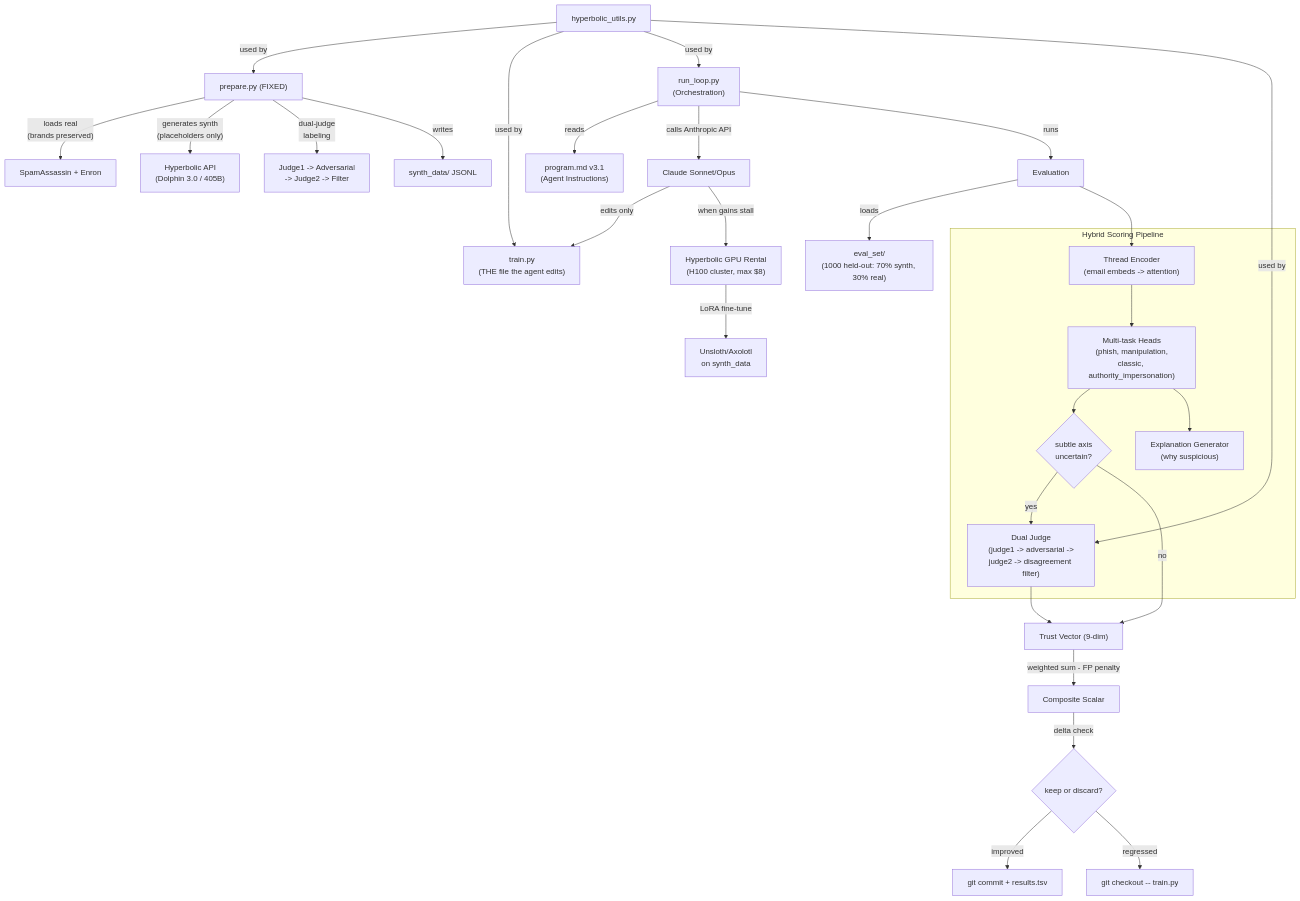
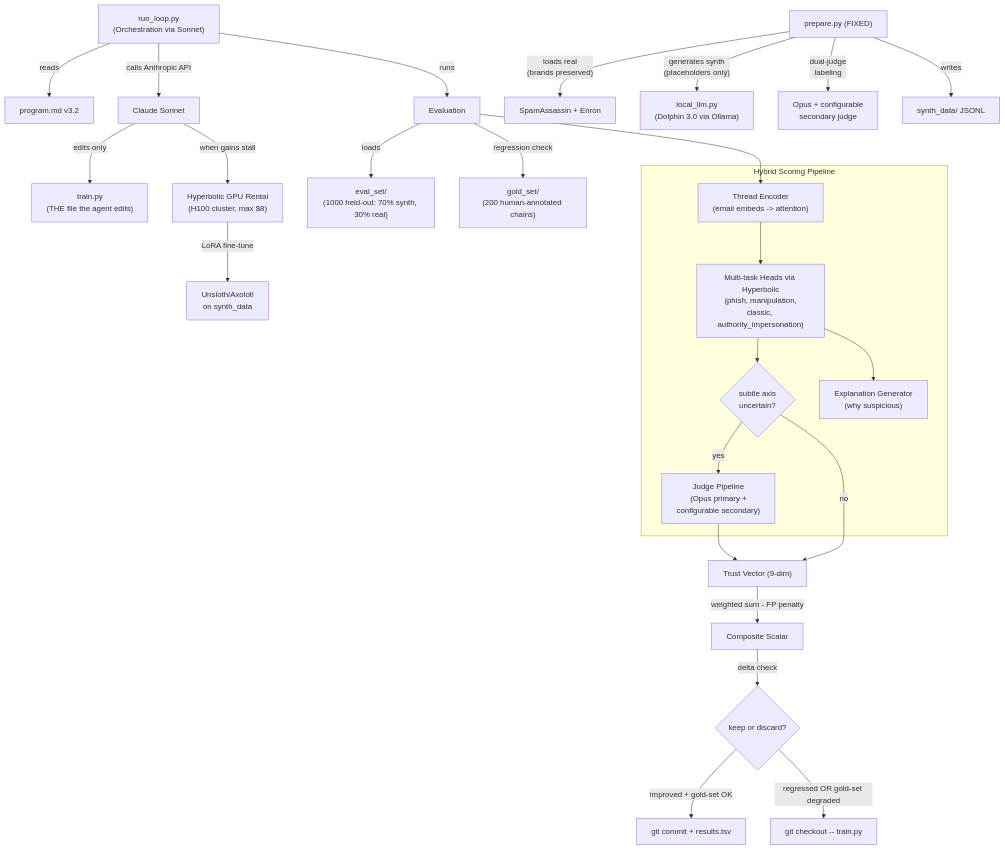
One commit to HumanAssisted/masubi changed the second of 2 diagrams in CURSOR_PLAN.md. Above: the diagram before and after it, drawn with Mermaid. The commit also changed other lines of this file, not shown here.

````diff
--- a/CURSOR_PLAN.md
+++ b/CURSOR_PLAN.md
@@ -41,41 +83,37 @@
 ```mermaid
 flowchart TD
-    RunLoop["run_loop.py\n(Orchestration)"] -->|"reads"| ProgramMD["program.md v3.1\n(Agent Instructions)"]
-    RunLoop -->|"calls Anthropic API"| Claude["Claude Sonnet/Opus"]
-    Claude -->|"edits only"| Train["train.py\n(THE file the agent edits)"]
+    RunLoop["run_loop.py\n(Orchestration via Sonnet)"] -->|"reads"| ProgramMD["program.md v3.2"]
+    RunLoop -->|"calls Anthropic API"| Sonnet["Claude Sonnet"]
+    Sonnet -->|"edits only"| Train["train.py\n(THE file the agent edits)"]
     RunLoop -->|"runs"| Eval["Evaluation"]
     Eval -->|"loads"| EvalSet["eval_set/\n(1000 held-out: 70% synth, 30% real)"]
+    Eval -->|"regression check"| GoldSet["gold_set/\n(200 human-annotated chains)"]
 
     subgraph scoring [Hybrid Scoring Pipeline]
         ThreadEnc["Thread Encoder\n(email embeds -> attention)"]
-        FastScore["Multi-task Heads\n(phish, manipulation,\nclassic, authority_impersonation)"]
+        FastScore["Multi-task Heads via Hyperbolic\n(phish, manipulation,\nclassic, authority_impersonation)"]
         Threshold{"subtle axis\nuncertain?"}
-        DualJudge["Dual Judge\n(judge1 -> adversarial ->\njudge2 -> disagreement filter)"]
+        JudgePipeline["Judge Pipeline\n(Opus primary +\nconfigurable secondary)"]
         ExplGen["Explanation Generator\n(why suspicious)"]
     end
 
     Eval --> ThreadEnc
     ThreadEnc --> FastScore
     FastScore --> Threshold
-    Threshold -->|"yes"| DualJudge
+    Threshold -->|"yes"| JudgePipeline
     Threshold -->|"no"| TrustVector
-    DualJudge --> TrustVector["Trust Vector (9-dim)"]
+    JudgePipeline --> TrustVector["Trust Vector (9-dim)"]
     FastScore --> ExplGen
     TrustVector -->|"weighted sum - FP penalty"| Composite["Composite Scalar"]
     Composite -->|"delta check"| GitDecision{"keep or discard?"}
-    GitDecision -->|"improved"| GitKeep["git commit + results.tsv"]
-    GitDecision -->|"regressed"| GitDiscard["git checkout -- train.py"]
+    GitDecision -->|"improved + gold-set OK"| GitKeep["git commit + results.tsv"]
+    GitDecision -->|"regressed OR gold-set degraded"| GitDiscard["git checkout -- train.py"]
 
     Prepare["prepare.py (FIXED)"] -->|"loads real\n(brands preserved)"| RealCorpora["SpamAssassin + Enron"]
-    Prepare -->|"generates synth\n(placeholders only)"| HypInf["Hyperbolic API\n(Dolphin 3.0 / 405B)"]
-    Prepare -->|"dual-judge\nlabeling"| DualJudgeLabel["Judge1 -> Adversarial\n-> Judge2 -> Filter"]
+    Prepare -->|"generates synth\n(placeholders only)"| LocalLLM["local_llm.py\n(Dolphin 3.0 via Ollama)"]
+    Prepare -->|"dual-judge\nlabeling"| DualJudgeLabel["Opus + configurable\nsecondary judge"]
     Prepare -->|"writes"| SynthData["synth_data/ JSONL"]
 
-    Claude -->|"when gains stall"| HypGPU["Hyperbolic GPU Rental\n(H100 cluster, max $8)"]
+    Sonnet -->|"when gains stall"| HypGPU["Hyperbolic GPU Rental\n(H100 cluster, max $8)"]
     HypGPU -->|"LoRA fine-tune"| LoRA["Unsloth/Axolotl\non synth_data"]
-
-    HypUtils["hyperbolic_utils.py"] -->|"used by"| Prepare
-    HypUtils -->|"used by"| Train
-    HypUtils -->|"used by"| RunLoop
-    HypUtils -->|"used by"| DualJudge
 ```
````
